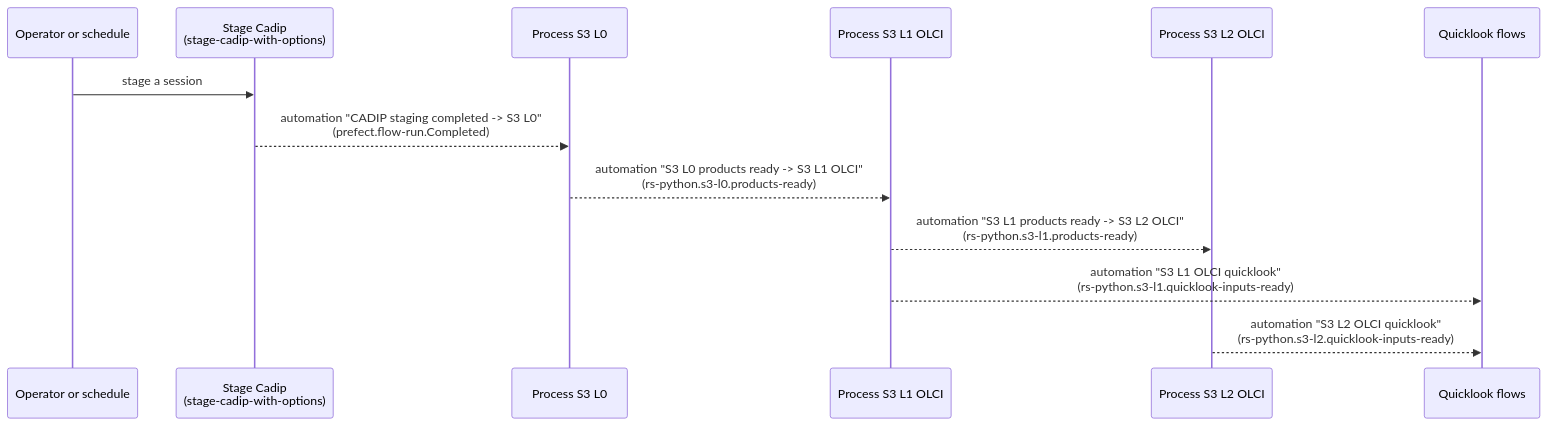
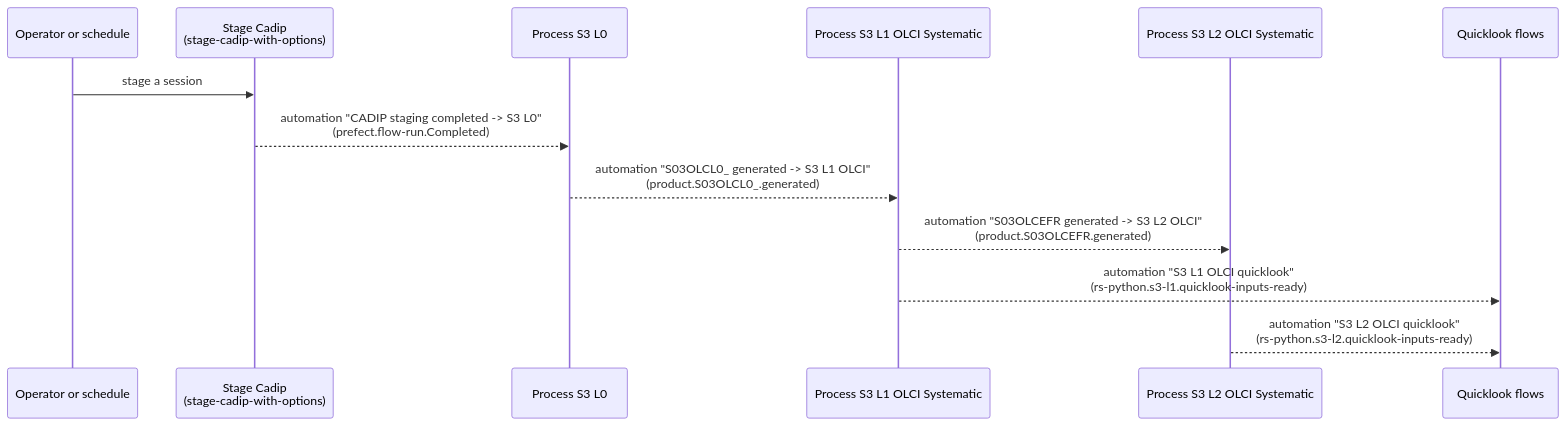
The diagram in docs/doc/advanced/systematic-processing.md (RS-PYTHON/rs-client-libraries), drawn with Mermaid before and after one commit. The commit also changed other lines of this file and 20 other files, not shown here.

First line of the commit message:
refactor: produce the Sentinel-3 OLCI products only with the process-any flows

````diff
--- a/docs/doc/advanced/systematic-processing.md
+++ b/docs/doc/advanced/systematic-processing.md
@@ -17,15 +19,15 @@
 ```mermaid
 sequenceDiagram
     participant op as Operator or schedule
     participant stage as Stage Cadip<br/>(stage-cadip-with-options)
     participant l0 as Process S3 L0
-    participant l1 as Process S3 L1 OLCI
-    participant l2 as Process S3 L2 OLCI
+    participant l1 as Process S3 L1 OLCI Systematic
+    participant l2 as Process S3 L2 OLCI Systematic
     participant ql as Quicklook flows
     op->>stage: stage a session
     stage-->>l0: automation "CADIP staging completed -> S3 L0"<br/>(prefect.flow-run.Completed)
-    l0-->>l1: automation "S3 L0 products ready -> S3 L1 OLCI"<br/>(rs-python.s3-l0.products-ready)
-    l1-->>l2: automation "S3 L1 products ready -> S3 L2 OLCI"<br/>(rs-python.s3-l1.products-ready)
+    l0-->>l1: automation "S03OLCL0_ generated -> S3 L1 OLCI"<br/>(product.S03OLCL0_.generated)
+    l1-->>l2: automation "S03OLCEFR generated -> S3 L2 OLCI"<br/>(product.S03OLCEFR.generated)
     l1-->>ql: automation "S3 L1 OLCI quicklook"<br/>(rs-python.s3-l1.quicklook-inputs-ready)
     l2-->>ql: automation "S3 L2 OLCI quicklook"<br/>(rs-python.s3-l2.quicklook-inputs-ready)
 ```
````
